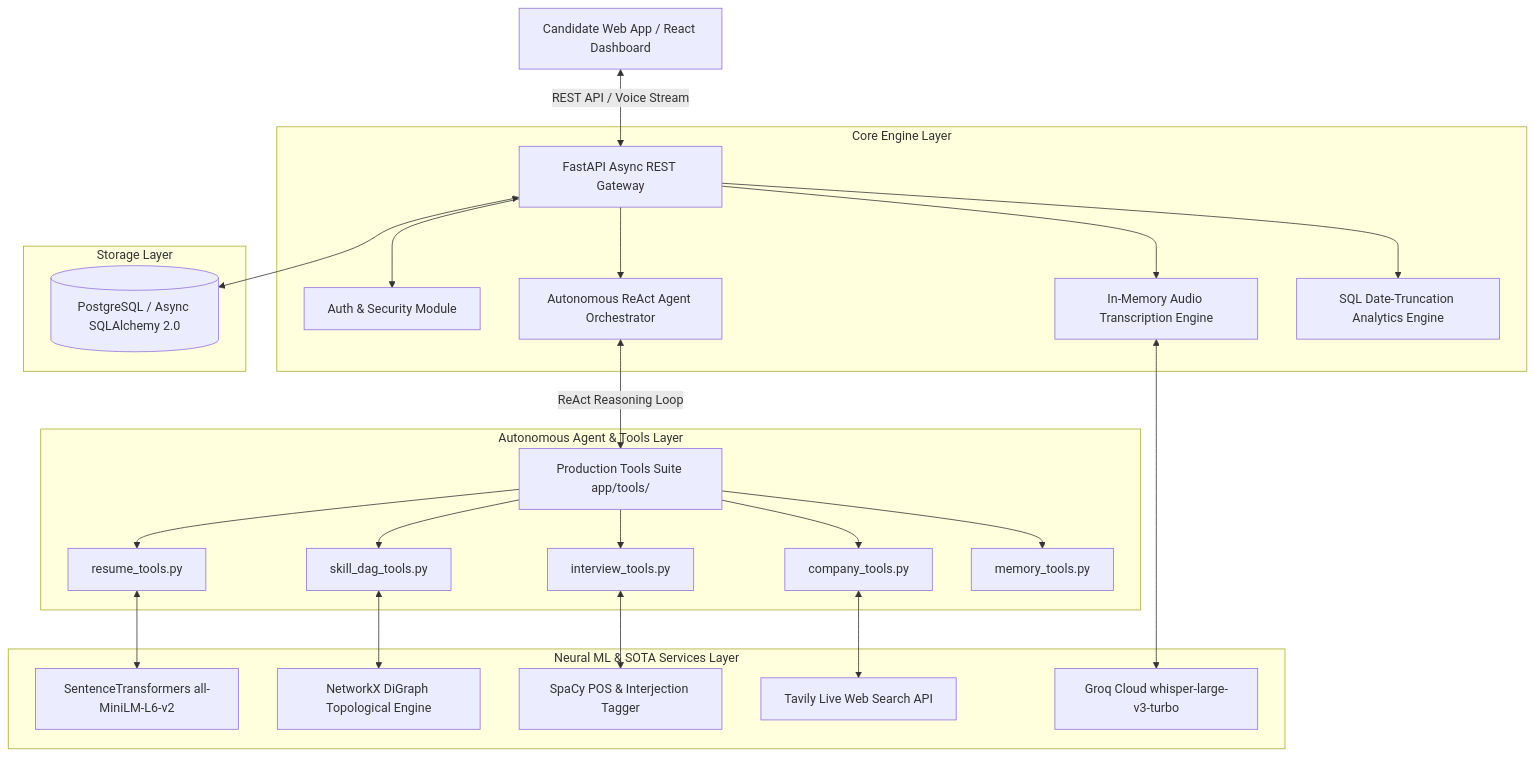
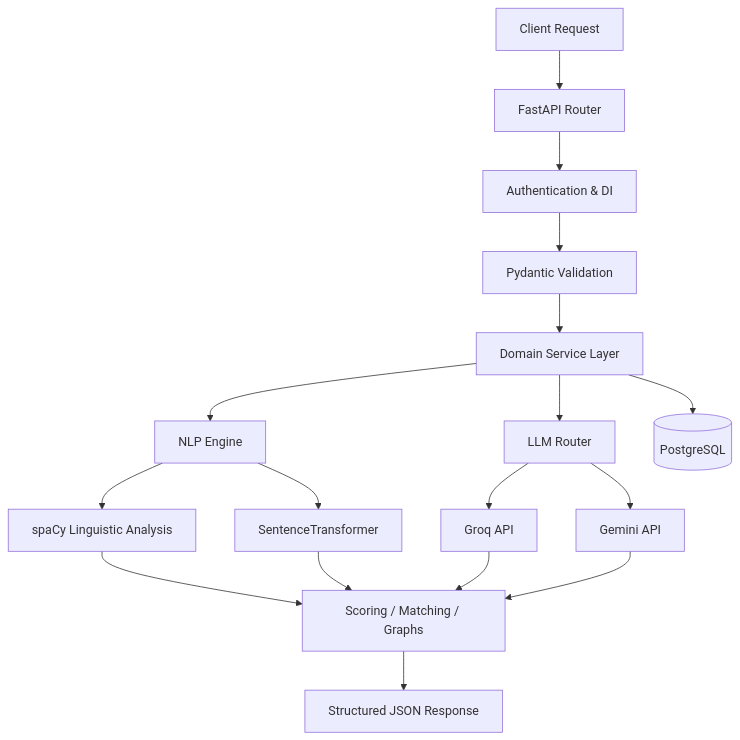
One commit to PavanKalyan1430/A.C.E.-Autonomous-Career-Intelligence-Engine changed the first of 6 diagrams in README.md. Above: the diagram before and after it, drawn with Mermaid. The commit also changed other lines of this file, not shown here.

````diff
--- a/README.md
+++ b/README.md
@@ -65,32 +87,24 @@
 ```mermaid
-graph TD
-    Client[Candidate Web App / React Dashboard] <-->|REST API / Voice Stream| Gateway[FastAPI Async REST Gateway]
-
-    subgraph Core Engine Layer
-        Gateway --> Auth[Auth & Security Module]
-        Gateway --> Agent[Autonomous ReAct Agent Orchestrator]
-        Gateway --> Audio[In-Memory Audio Transcription Engine]
-        Gateway --> Analytics[SQL Date-Truncation Analytics Engine]
-    end
-
-    subgraph Autonomous Agent & Tools Layer
-        Agent <-->|ReAct Reasoning Loop| Tools[Production Tools Suite app/tools/]
-        Tools --> ResumeTools[resume_tools.py]
-        Tools --> SkillTools[skill_dag_tools.py]
-        Tools --> CompanyTools[company_tools.py]
-        Tools --> InterviewTools[interview_tools.py]
-        Tools --> MemoryTools[memory_tools.py]
-    end
-
-    subgraph Neural ML & SOTA Services Layer
-        ResumeTools <--> ST[SentenceTransformers all-MiniLM-L6-v2]
-        SkillTools <--> NX[NetworkX DiGraph Topological Engine]
-        InterviewTools <--> SpaCy[SpaCy POS & Interjection Tagger]
-        CompanyTools <--> Tavily[Tavily Live Web Search API]
-        Audio <--> Groq[Groq Cloud whisper-large-v3-turbo]
-    end
-
-    subgraph Storage Layer
-        Gateway <--> DB[(PostgreSQL / Async SQLAlchemy 2.0)]
-    end
+flowchart TD
+    Client[Client Request] --> Router[FastAPI Router]
+    Router --> Auth[Authentication & DI]
+    Auth --> Validation[Pydantic Validation]
+    Validation --> Service[Domain Service Layer]
+    
+    Service --> NLP[NLP Engine]
+    Service --> LLM[LLM Router]
+    Service --> DB[(PostgreSQL)]
+    
+    NLP --> SpaCy[spaCy Linguistic Analysis]
+    NLP --> Embeddings[SentenceTransformer]
+    
+    LLM --> Groq[Groq API]
+    LLM --> Gemini[Gemini API]
+    
+    SpaCy --> Logic[Scoring / Matching / Graphs]
+    Embeddings --> Logic
+    Groq --> Logic
+    Gemini --> Logic
+    
+    Logic --> Response[Structured JSON Response]
 ```
````
